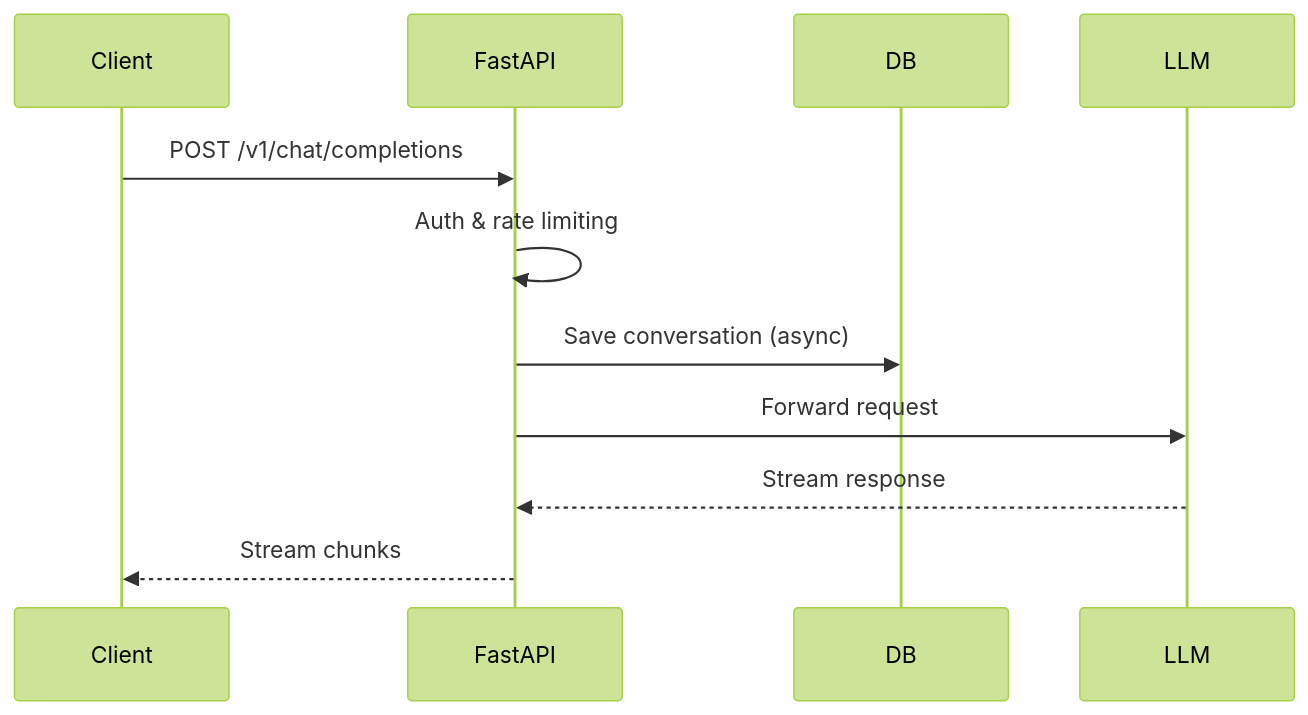
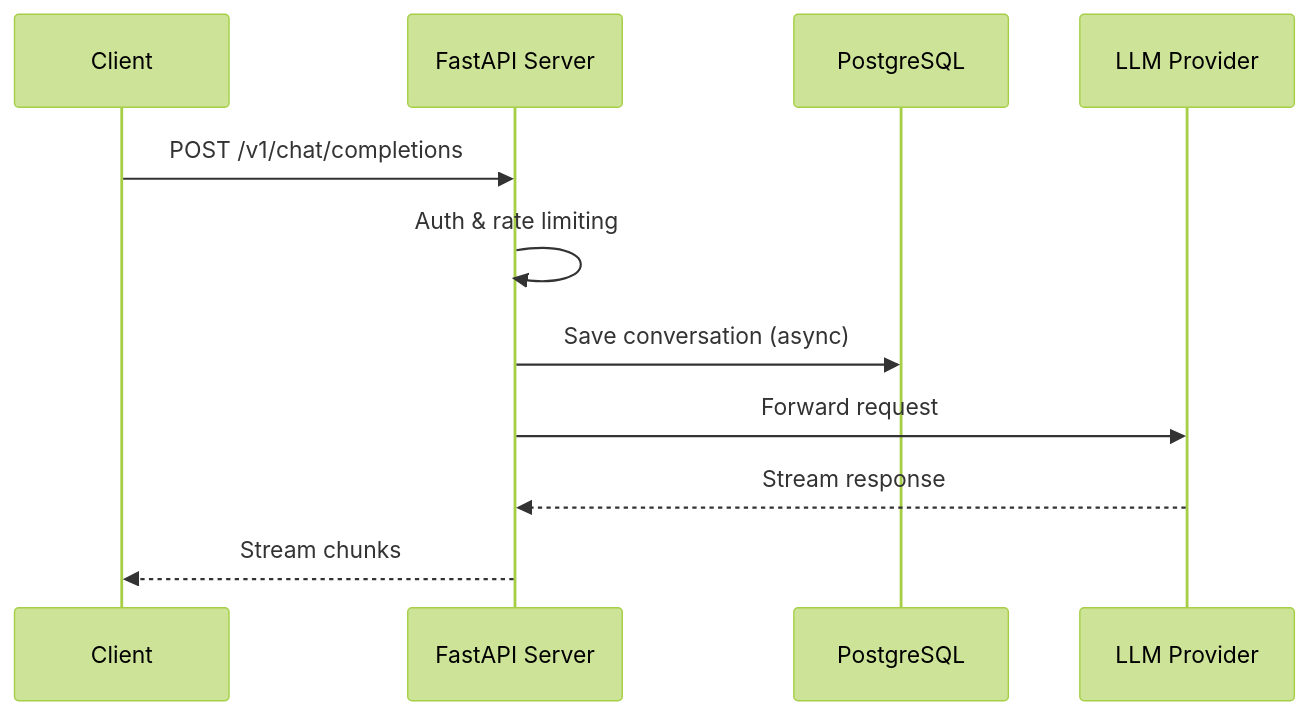
The second of 3 diagrams in README.md (rbkhan007/Ollama-Emulator-Desktop-Ultimate), drawn with Mermaid (forest theme) before and after one commit. The commit also changed other lines of this file, not shown here.

Commit message:
docs: improve README mermaid diagrams for reliable GitHub rendering (quoted labels, balanced subgraphs)

````diff
--- a/README.md
+++ b/README.md
@@ -145,14 +145,14 @@
 ```mermaid
 sequenceDiagram
-    participant Client
-    participant FastAPI
-    participant DB
-    participant LLM
+    participant Client as Client
+    participant FastAPI as FastAPI Server
+    participant DB as PostgreSQL
+    participant LLM as LLM Provider
 
     Client->>FastAPI: POST /v1/chat/completions
     FastAPI->>FastAPI: Auth & rate limiting
     FastAPI->>DB: Save conversation (async)
     FastAPI->>LLM: Forward request
     LLM-->>FastAPI: Stream response
     FastAPI-->>Client: Stream chunks
 ```
````
